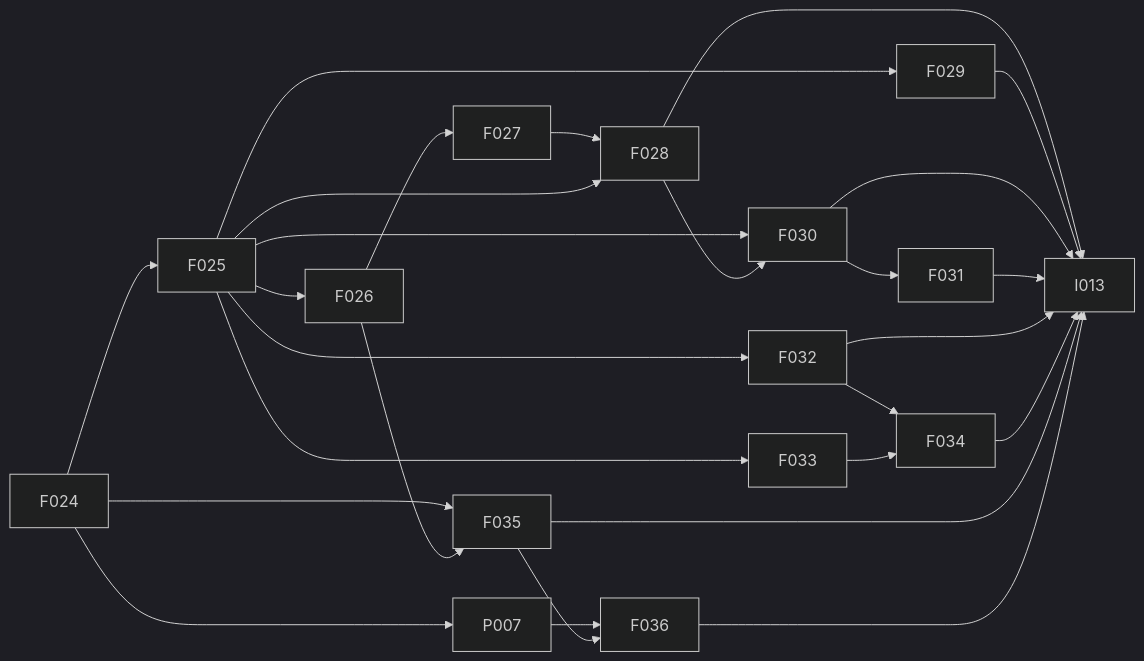
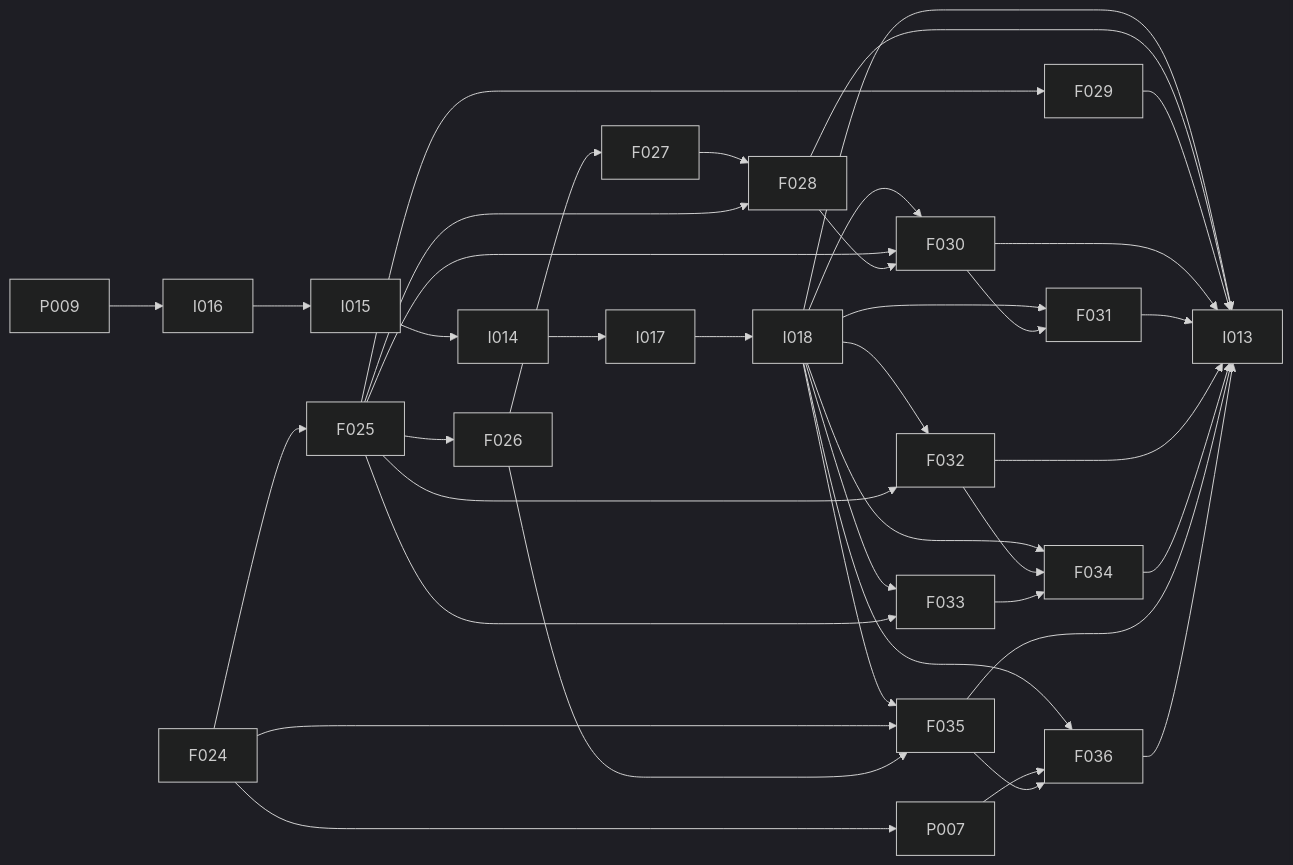
One commit to tyemirov/Lo changed the diagram in docs/mac-cleanup-implementation-plan.md. Above: the diagram before and after it, drawn with Mermaid (dark theme). The commit also changed other lines of this file and 9 other files, not shown here.

````diff
--- a/docs/mac-cleanup-implementation-plan.md
+++ b/docs/mac-cleanup-implementation-plan.md
@@ -73,25 +79,34 @@
 ```mermaid
 flowchart LR
+  P009 --> I016 --> I015 --> I014 --> I017 --> I018
+  I018 --> F030
+  I018 --> F031
+  I018 --> F032
+  I018 --> F033
+  I018 --> F034
+  I018 --> F035
+  I018 --> F036
+  I018 --> I013
   F024 --> F025
   F025 --> F026 --> F027 --> F028
   F025 --> F028
   F025 --> F029
   F025 --> F030 --> F031
   F028 --> F030
   F025 --> F032
   F025 --> F033
   F032 --> F034
   F033 --> F034
   F024 --> F035
   F026 --> F035
   F024 --> P007 --> F036
   F035 --> F036
   F028 --> I013
   F029 --> I013
   F030 --> I013
   F031 --> I013
   F032 --> I013
   F034 --> I013
   F035 --> I013
   F036 --> I013
 ```
````
